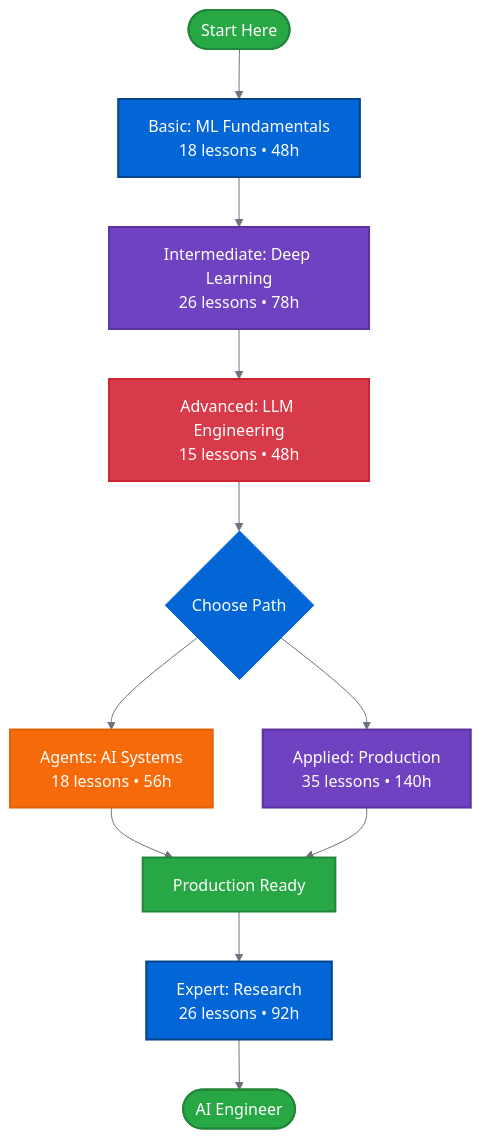
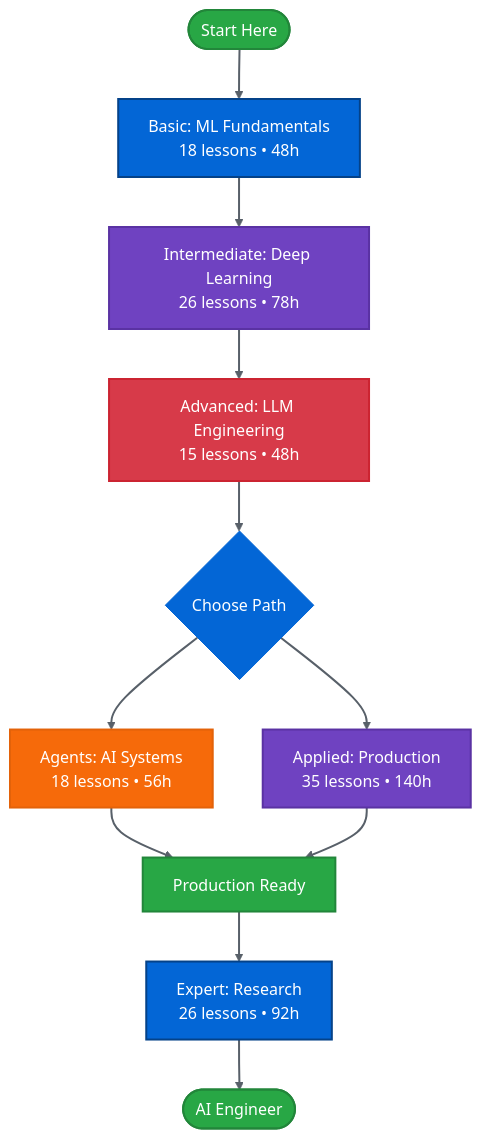
One commit to nexageapps/AI changed the first of 22 diagrams in README.md. Above: the diagram before and after it, drawn with Mermaid. The commit also changed other lines of this file and 1 other file, not shown here.

````diff
--- a/README.md
+++ b/README.md
@@ -28,24 +28,26 @@
 ```mermaid
-%%{init: {'theme':'base', 'themeVariables': {'primaryColor':'#0366d6','primaryTextColor':'#fff','primaryBorderColor':'#0366d6','lineColor':'#6a737d','secondaryColor':'#f6f8fa','tertiaryColor':'#fafbfc','noteTextColor':'#24292e','noteBkgColor':'#fff5b1','textColor':'#24292e','fontSize':'16px'}}}%%
+%%{init: {'theme':'base', 'themeVariables': {'primaryColor':'#0366d6','primaryTextColor':'#fff','primaryBorderColor':'#0366d6','lineColor':'#586069','edgeLabelBackground':'#fafbfc','defaultLinkColor':'#586069','secondaryColor':'#f6f8fa','tertiaryColor':'#fafbfc','noteTextColor':'#24292e','noteBkgColor':'#fff5b1','textColor':'#24292e','fontSize':'16px'}}}%%
 graph TB
     Start([Start Here]) --> Basic[Basic: ML Fundamentals<br/>18 lessons • 48h]
     Basic --> Intermediate[Intermediate: Deep Learning<br/>26 lessons • 78h]
     Intermediate --> Advanced[Advanced: LLM Engineering<br/>15 lessons • 48h]
     Advanced --> Split{Choose Path}
     Split --> Agents[Agents: AI Systems<br/>18 lessons • 56h]
     Split --> Applied[Applied: Production<br/>35 lessons • 140h]
     Agents --> Production[Production Ready]
     Applied --> Production
     Production --> Expert[Expert: Research<br/>26 lessons • 92h]
     Expert --> End([AI Engineer])
     
+    linkStyle default stroke:#586069,stroke-width:2px
+    
     style Start fill:#28a745,stroke:#22863a,stroke-width:2px,color:#fff
     style Basic fill:#0366d6,stroke:#044289,stroke-width:2px,color:#fff
     style Intermediate fill:#6f42c1,stroke:#5a32a3,stroke-width:2px,color:#fff
     style Advanced fill:#d73a49,stroke:#cb2431,stroke-width:2px,color:#fff
     style Agents fill:#f66a0a,stroke:#e36209,stroke-width:2px,color:#fff
     style Applied fill:#6f42c1,stroke:#5a32a3,stroke-width:2px,color:#fff
     style Expert fill:#0366d6,stroke:#044289,stroke-width:2px,color:#fff
     style Production fill:#28a745,stroke:#22863a,stroke-width:2px,color:#fff
     style End fill:#28a745,stroke:#22863a,stroke-width:2px,color:#fff
 ```
````
